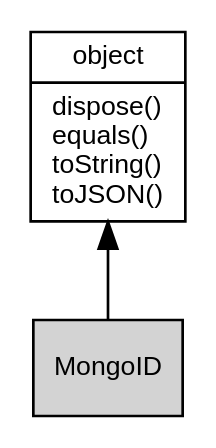
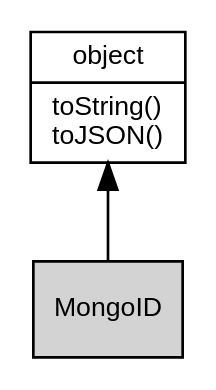
The diagram in docs/object/ifs/MongoID.md (asionius/fibjs-ceph), drawn with Graphviz before and after one commit. The commit also changed other lines of this file and 138 other files, not shown here.

````diff
--- a/docs/object/ifs/MongoID.md
+++ b/docs/object/ifs/MongoID.md
@@ -5,10 +5,10 @@
 ```dot
 digraph {
     node [fontname="Helvetica,sans-Serif", fontsize=10, shape="record", style="filled", fillcolor="white"];
 
-    object [tooltip="object", URL="object.md", label="{object|dispose()\lequals()\ltoString()\ltoJSON()\l}"];
-    MongoID [tooltip="MongoID", fillcolor="lightgray", label="{MongoID}"];
+    object [tooltip="object", URL="object.md", label="{object|toString()\ltoJSON()\l}"];
+    MongoID [tooltip="MongoID", fillcolor="lightgray", id="me", label="{MongoID}"];
 
     object -> MongoID [dir=back];
 }
 ```
````
